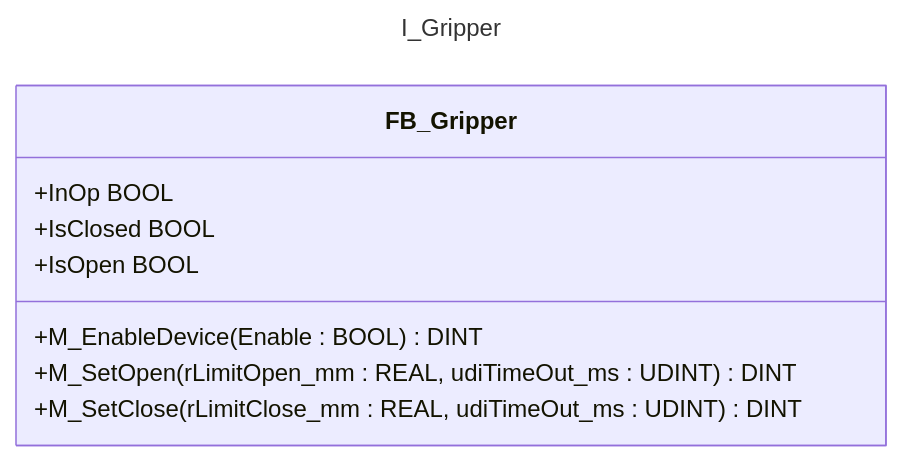
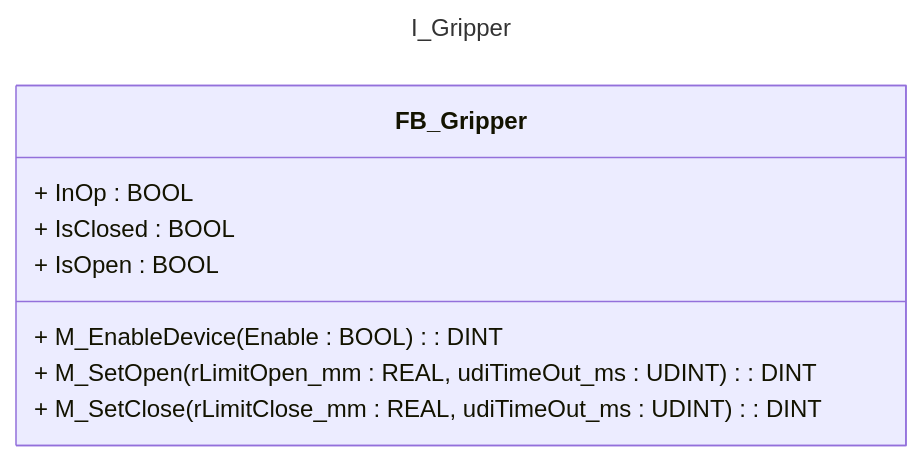
The diagram in README.md (hei-dls-adp/adp_lab_03_2026), drawn with Mermaid before and after one commit. The commit also changed other lines of this file and 3 other files, not shown here.

````diff
--- a/README.md
+++ b/README.md
@@ -312,16 +356,16 @@
 ```mermaid
 ---
 title: I_Gripper
 ---
 classDiagram
 
 class FB_Gripper {
-    +InOp BOOL
-    +IsClosed BOOL
-    +IsOpen BOOL
-    +M_EnableDevice(Enable : BOOL) DINT
-    +M_SetOpen(rLimitOpen_mm : REAL, udiTimeOut_ms : UDINT) DINT
-    +M_SetClose(rLimitClose_mm : REAL, udiTimeOut_ms : UDINT) DINT
+    + InOp : BOOL
+    + IsClosed : BOOL
+    + IsOpen : BOOL
+    + M_EnableDevice(Enable : BOOL) : DINT
+    + M_SetOpen(rLimitOpen_mm : REAL, udiTimeOut_ms : UDINT) : DINT
+    + M_SetClose(rLimitClose_mm : REAL, udiTimeOut_ms : UDINT) : DINT
 }
 
 ```
````
